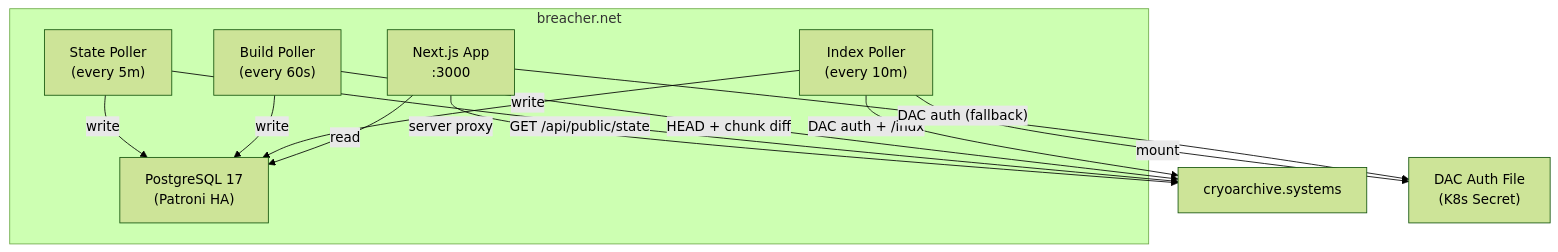
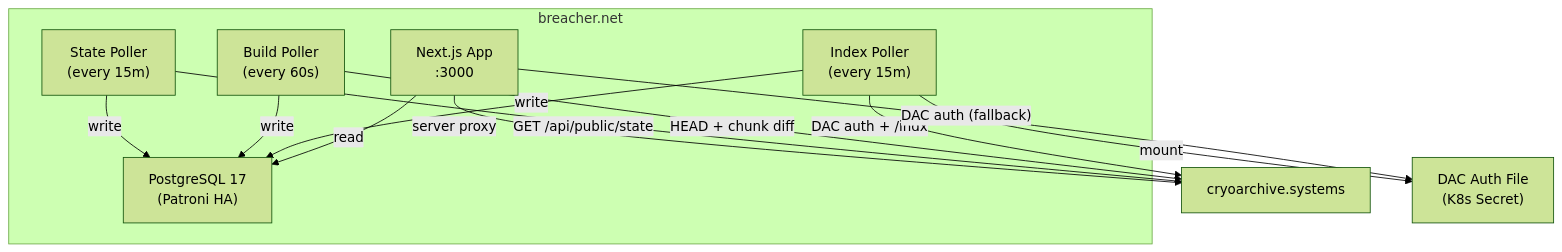
One commit to breachers-of-tomorrow/breacher-net changed the diagram in README.md. Above: the diagram before and after it, drawn with Mermaid (forest theme). The commit also changed other lines of this file, not shown here.

Commit message:
docs: update README poller intervals to 15m (#74)
State poller: 5m → 15m, Index poller: 10m → 15m.
Build poller unchanged at 1m. Matches CronJob schedule changes
in homelab-gitops.

````diff
--- a/README.md
+++ b/README.md
@@ -49,24 +49,24 @@
 ```mermaid
 graph TD
     subgraph "breacher.net"
         App["Next.js App\n:3000"]
-        StatePoller["State Poller\n(every 5m)"]
+        StatePoller["State Poller\n(every 15m)"]
         BuildPoller["Build Poller\n(every 60s)"]
-        IndexPoller["Index Poller\n(every 10m)"]
+        IndexPoller["Index Poller\n(every 15m)"]
         DB["PostgreSQL 17\n(Patroni HA)"]
     end
 
     API["cryoarchive.systems"]
     DAC["DAC Auth File\n(K8s Secret)"]
 
     App -- "server proxy" --> API
     StatePoller -- "GET /api/public/state" --> API
     BuildPoller -- "HEAD + chunk diff" --> API
     IndexPoller -- "DAC auth + /indx" --> API
     IndexPoller -- "mount" --> DAC
     App -- "DAC auth (fallback)" --> DAC
     StatePoller -- "write" --> DB
     BuildPoller -- "write" --> DB
     IndexPoller -- "write" --> DB
     App -- "read" --> DB
 ```
````
